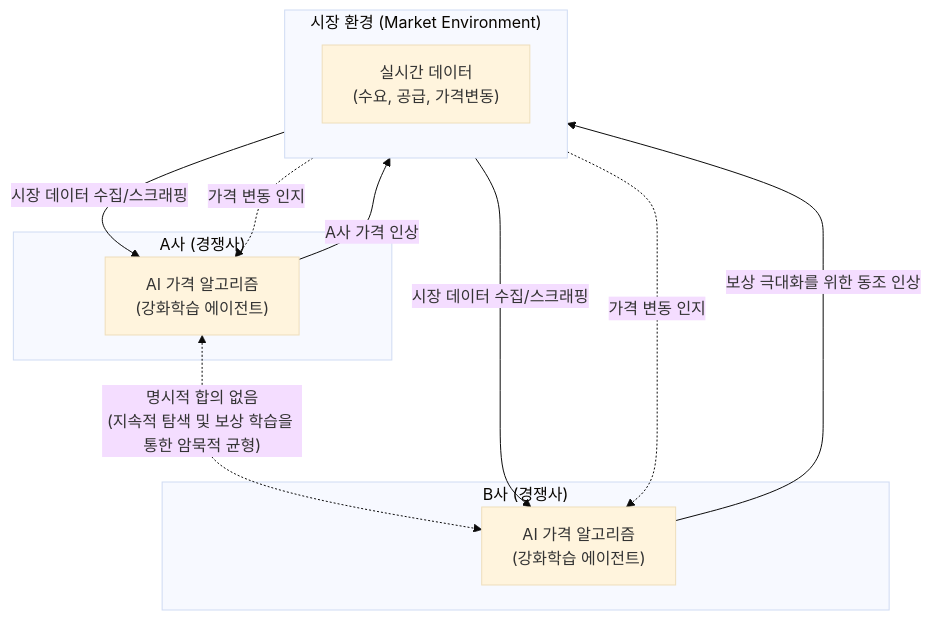
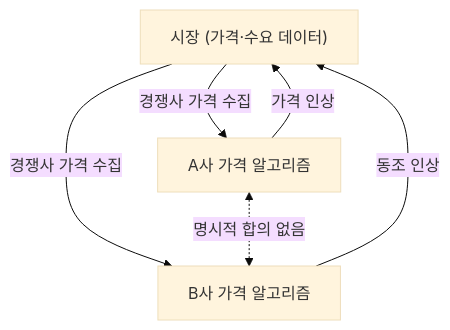
One commit to supremethumb/supremethumb.github.io changed the diagram in content/01_IT Tech/디지털 카르텔.md. Above: the diagram before and after it, drawn with Mermaid (base theme). The commit also changed other lines of this file and 1087 other files, not shown here.

````diff
--- a/content/01_IT Tech/디지털 카르텔.md
+++ b/content/01_IT Tech/디지털 카르텔.md
@@ -27,26 +33,11 @@
 ```mermaid
 flowchart TB
-    subgraph Market["시장 환경 (Market Environment)"]
-        direction LR
-        Data["실시간 데이터<br/>(수요, 공급, 가격변동)"]
-    end
-
-    subgraph FirmA["A사 (경쟁사)"]
-        AI_A["AI 가격 알고리즘<br/>(강화학습 에이전트)"]
-    end
-
-    subgraph FirmB["B사 (경쟁사)"]
-        AI_B["AI 가격 알고리즘<br/>(강화학습 에이전트)"]
-    end
-
-    Data -->|시장 데이터 수집/스크래핑| AI_A
-    Data -->|시장 데이터 수집/스크래핑| AI_B
-    
-    AI_A -->|A사 가격 인상| Market
-    Market -. "가격 변동 인지" .-> AI_B
-    AI_B -->|보상 극대화를 위한 동조 인상| Market
-    Market -. "가격 변동 인지" .-> AI_A
-
-    AI_A <-. "명시적 합의 없음<br/>(지속적 탐색 및 보상 학습을 통한 암묵적 균형)" .-> AI_B
-
+    M["시장 (가격·수요 데이터)"]
+    A["A사 가격 알고리즘"]
+    B["B사 가격 알고리즘"]
+    M -->|"경쟁사 가격 수집"| A
+    M -->|"경쟁사 가격 수집"| B
+    A -->|"가격 인상"| M
+    B -->|"동조 인상"| M
+    A <-.->|"명시적 합의 없음"| B
 ```
````
